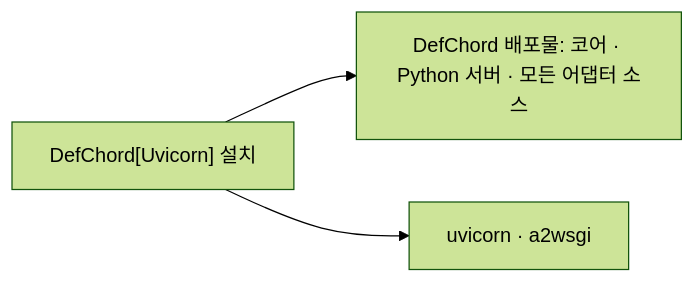
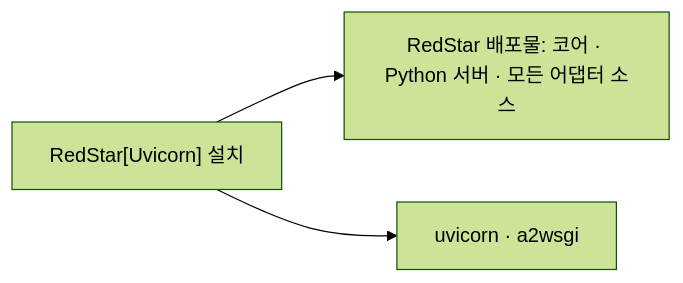
One commit to yong5eon/RedStar changed the diagram in docs/Packaging.md. Above: the diagram before and after it, drawn with Mermaid (forest theme). The commit also changed other lines of this file and 65 other files, not shown here.

First line of the commit message:
DefChord를 RedStar로 이름 변경, 스타트업 로고 교체

````diff
--- a/docs/Packaging.md
+++ b/docs/Packaging.md
@@ -18,5 +18,5 @@
 ```mermaid
 flowchart LR
-  A["DefChord[Uvicorn] 설치"] --> B["DefChord 배포물: 코어 · Python 서버 · 모든 어댑터 소스"]
+  A["RedStar[Uvicorn] 설치"] --> B["RedStar 배포물: 코어 · Python 서버 · 모든 어댑터 소스"]
   A --> C["uvicorn · a2wsgi"]
 ```
````
